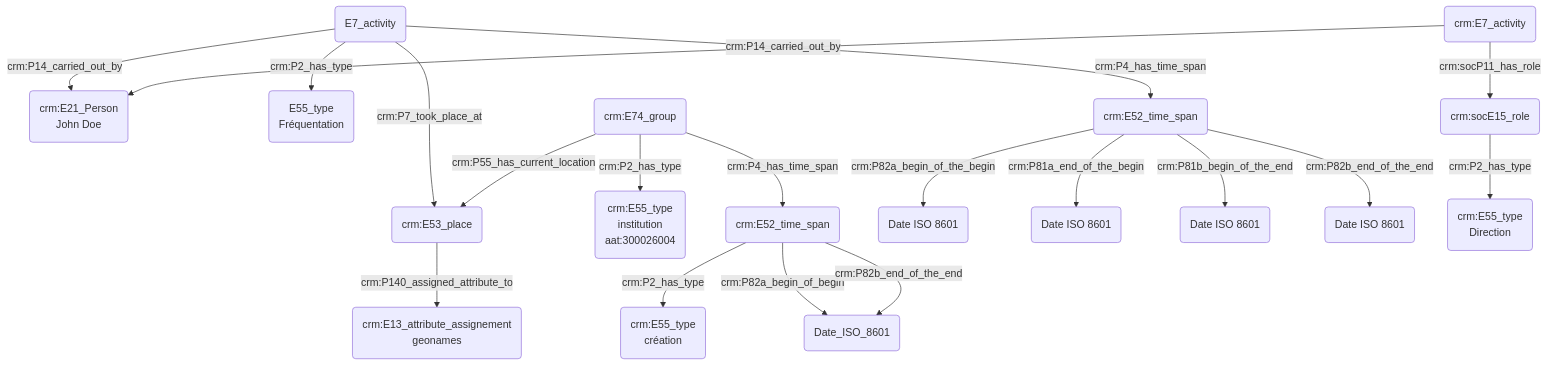
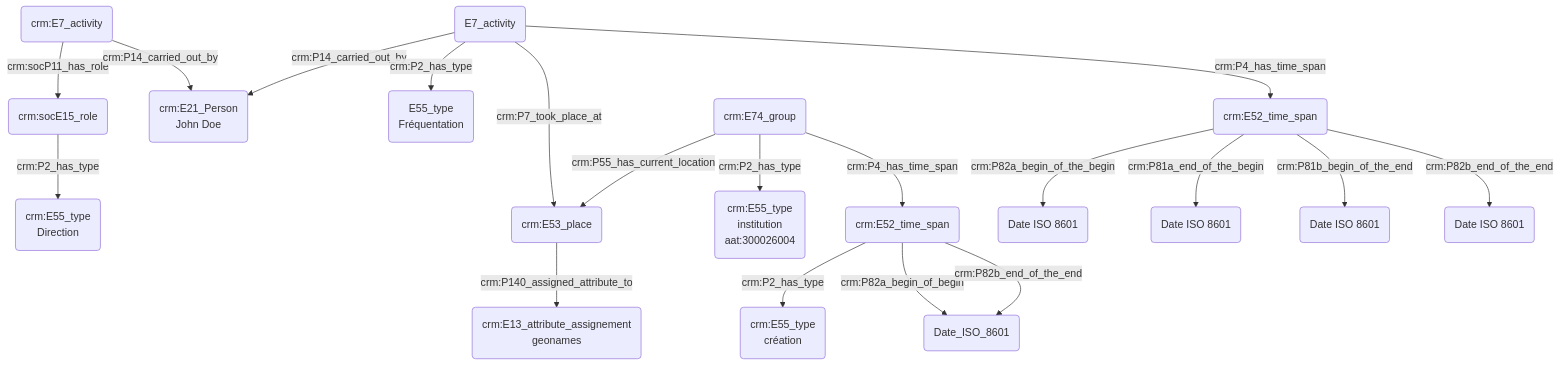
Before and after one commit to Amleth/consortium-musica2-gt2-ontologies: the diagram in modules/livrables/Dossier 2/Prosopographie/fréquentation d'une institution.md, drawn with Mermaid. The commit also changed other lines of this file, not shown here.

````diff
--- a/modules/livrables/Dossier 2/Prosopographie/fréquentation d'une institution.md
+++ b/modules/livrables/Dossier 2/Prosopographie/fréquentation d'une institution.md
@@ -11,26 +11,26 @@
 ```mermaid
 graph TD;
+
+P(crm:E7_activity) --> |crm:socP11_has_role| Q(crm:socE15_role)
+Q(crm:socE15_role) -->|crm:P2_has_type| R(crm:E55_type<br>Direction)
+P(crm:E7_activity) --> |crm:P14_carried_out_by| A("crm:E21_Person<br>John Doe")
 
 B(E7_activity) -->|crm:P14_carried_out_by| A("crm:E21_Person<br>John Doe")
 B(E7_activity) -->|crm:P2_has_type| C(E55_type<br>Fréquentation)
 
 B(E7_activity) --->|crm:P7_took_place_at| K(E53_place)
 I(crm:E74_group) -->|crm:P2_has_type| J(crm:E55_type<br>institution<br>aat:300026004)
 I(crm:E74_group) -->|crm:P55_has_current_location| K(crm:E53_place)
 K(crm:E53_place) -->|crm:P140_assigned_attribute_to| L(crm:E13_attribute_assignement<br>geonames)
 I(crm:E74_group) -->|crm:P4_has_time_span| M(crm:E52_time_span)
 M(crm:E52_time_span) -->|crm:P2_has_type| N(crm:E55_type<br>création)
 M(crm:E52_time_span) -->|crm:P82a_begin_of_begin| O(Date_ISO_8601)
 M(crm:E52_time_span) -->|crm:P82b_end_of_the_end| O(Date_ISO_8601)
 
 B(E7_activity) --> |crm:P4_has_time_span| D(crm:E52_time_span)
 D(crm:E52_time_span) --> |crm:P82a_begin_of_the_begin| E("Date ISO 8601")
 D(crm:E52_time_span) --> |crm:P81a_end_of_the_begin| F("Date ISO 8601")
 D(crm:E52_time_span) --> |crm:P81b_begin_of_the_end|G("Date ISO 8601")
 D(crm:E52_time_span) --> |crm:P82b_end_of_the_end| H("Date ISO 8601")
 
-P(crm:E7_activity) --> |crm:socP11_has_role| Q(crm:socE15_role)
-Q(crm:socE15_role) -->|crm:P2_has_type| R(crm:E55_type<br>Direction)
-P(crm:E7_activity) --> |crm:P14_carried_out_by| A("crm:E21_Person<br>John Doe")
-
 ```
````
